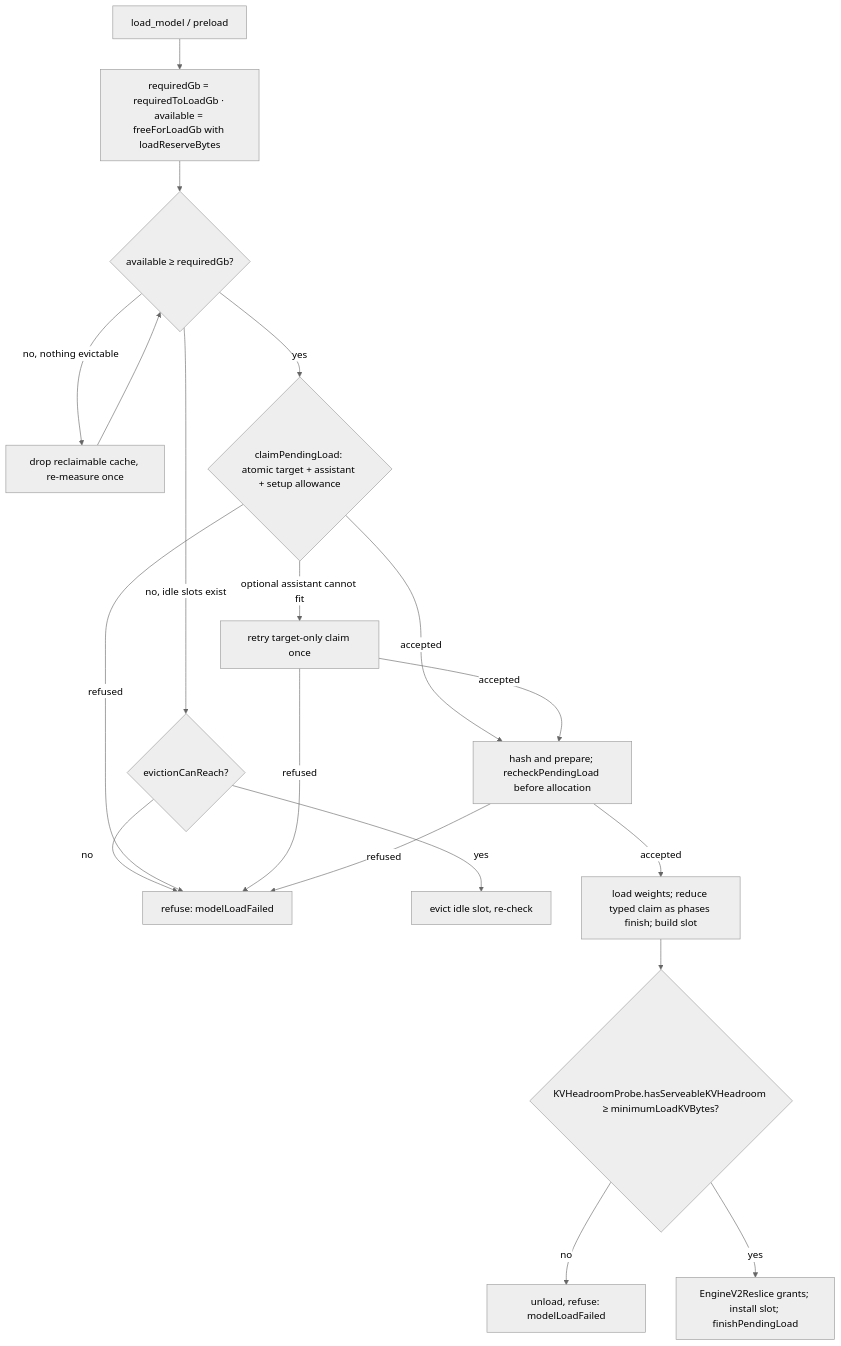
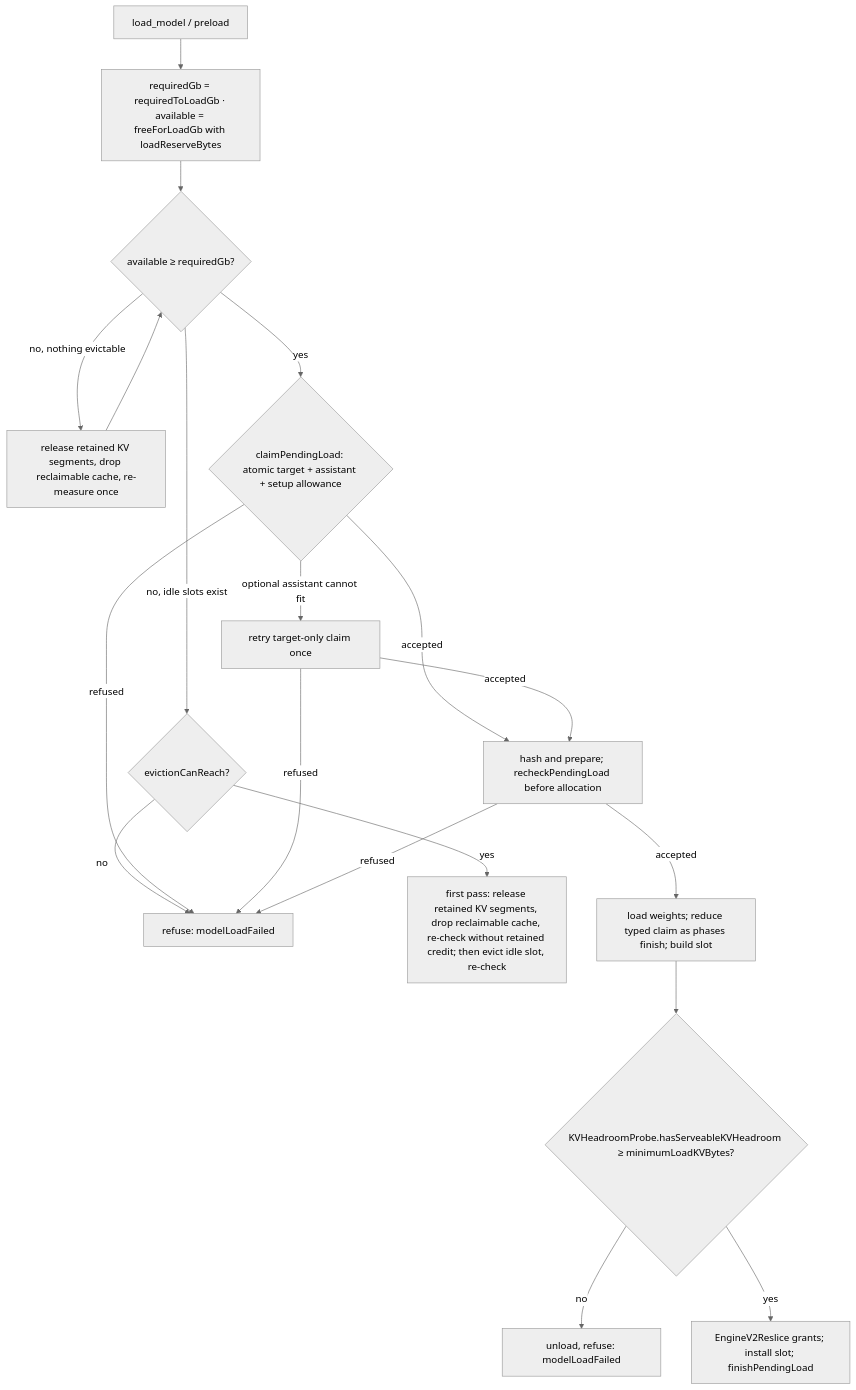
Before and after one commit to Layr-Labs/d-inference: the diagram in docs/architecture/hardware-support.md, drawn with Mermaid (neutral theme). The commit also changed other lines of this file and 32 other files, not shown here.

````diff
--- a/docs/architecture/hardware-support.md
+++ b/docs/architecture/hardware-support.md
@@ -292,21 +292,21 @@
 ```mermaid
 flowchart TD
     A[load_model / preload] --> B[requiredGb = requiredToLoadGb · available = freeForLoadGb with loadReserveBytes]
     B --> C{available ≥ requiredGb?}
     C -- no, idle slots exist --> D{evictionCanReach?}
     D -- no --> R1[refuse: modelLoadFailed]
-    D -- yes --> E[evict idle slot, re-check]
-    C -- no, nothing evictable --> F[drop reclaimable cache, re-measure once]
+    D -- yes --> E[first pass: release retained KV segments, drop reclaimable cache, re-check without retained credit; then evict idle slot, re-check]
+    C -- no, nothing evictable --> F[release retained KV segments, drop reclaimable cache, re-measure once]
     F --> C
     C -- yes --> P{claimPendingLoad: atomic target + assistant + setup allowance}
     P -- optional assistant cannot fit --> T[retry target-only claim once]
     P -- accepted --> Q[hash and prepare; recheckPendingLoad before allocation]
     T -- accepted --> Q
     P -- refused --> R1
     T -- refused --> R1
     Q -- refused --> R1
     Q -- accepted --> G[load weights; reduce typed claim as phases finish; build slot]
     G --> H{KVHeadroomProbe.hasServeableKVHeadroom ≥ minimumLoadKVBytes?}
     H -- no --> R2[unload, refuse: modelLoadFailed]
     H -- yes --> I[EngineV2Reslice grants; install slot; finishPendingLoad]
 ```
````
